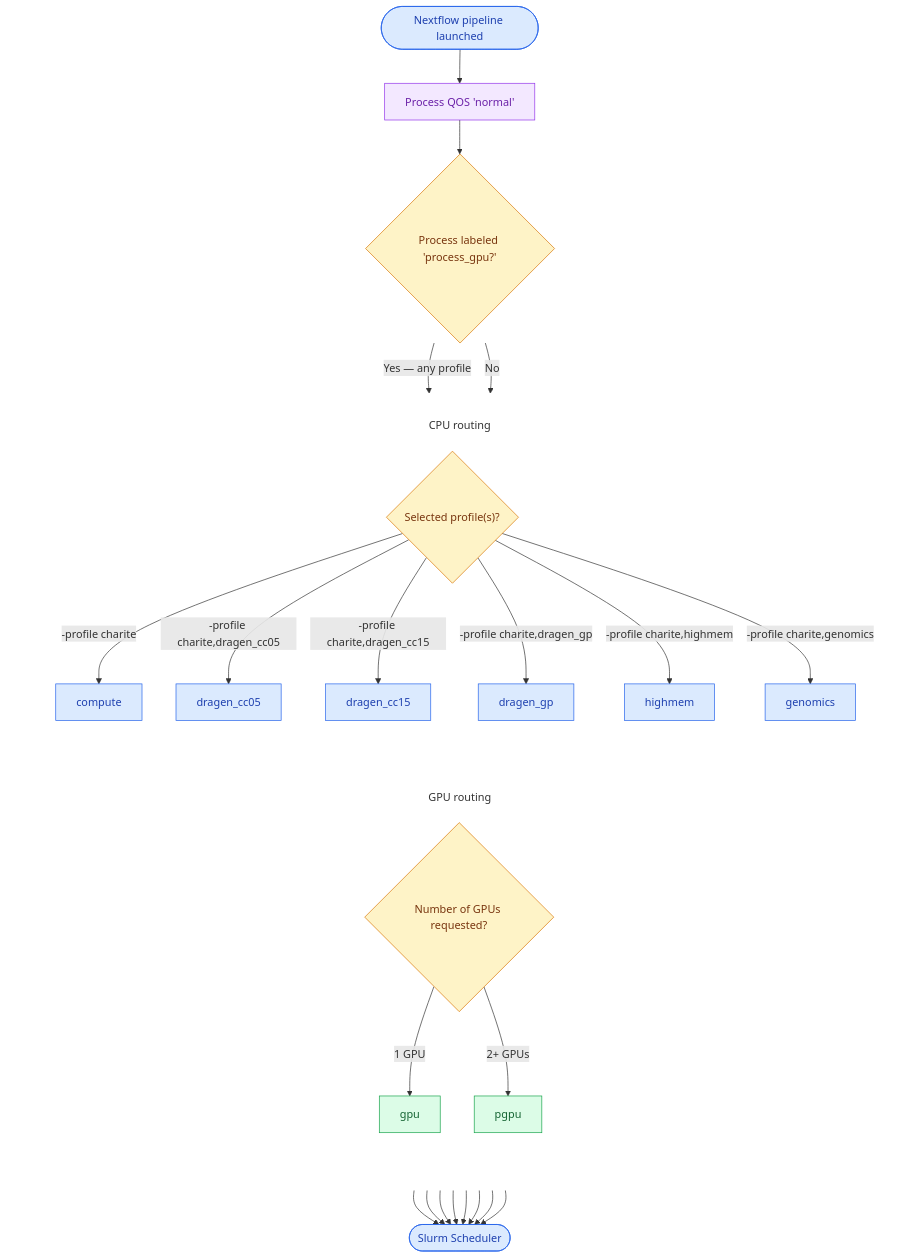
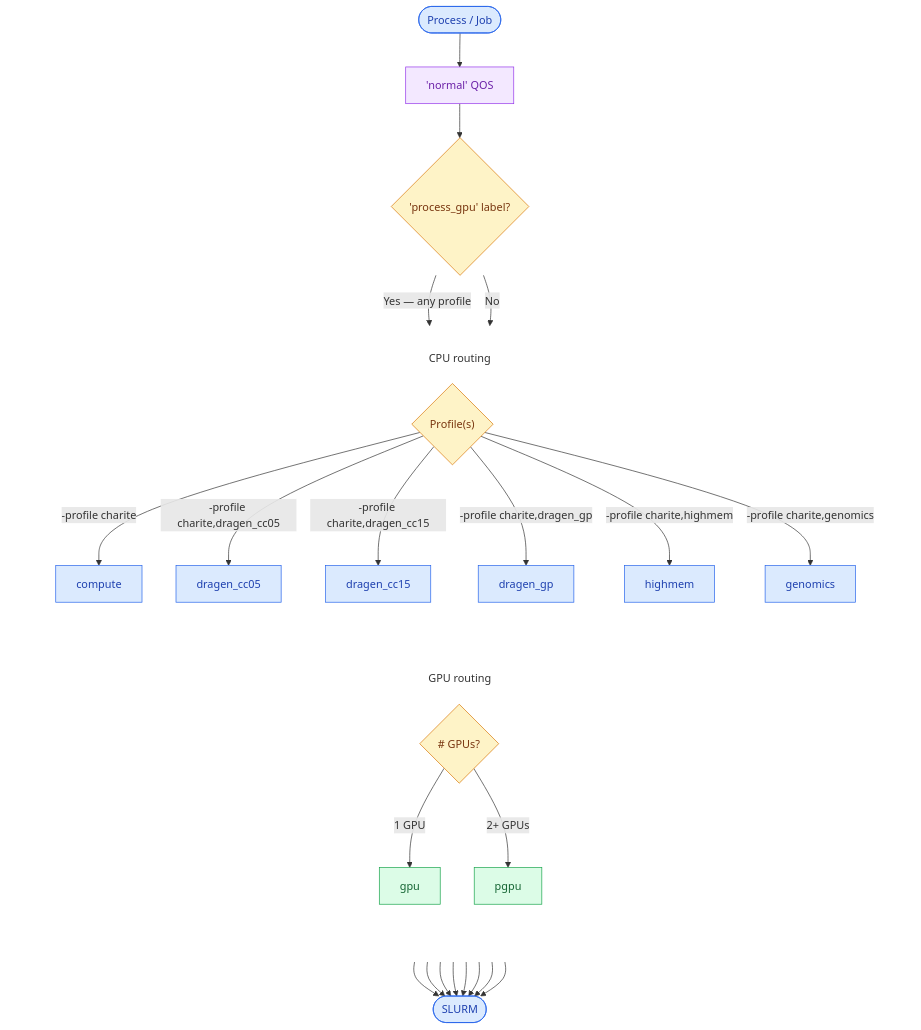
The diagram in docs/charite.md (ScientificComputingCharite/configs), drawn with Mermaid before and after one commit. The commit also changed other lines of this file, not shown here.

````diff
--- a/docs/charite.md
+++ b/docs/charite.md
@@ -330,69 +324,69 @@
 ```mermaid
 flowchart TB
-    A(["Nextflow pipeline launched"])
-    Q["Process QOS 'normal'"]
-    B{"Process labeled 'process_gpu?'"}
+    A(["Process / Job"])
+    Q["'normal' QOS"]
+    B{"'process_gpu' label?"}
 
     A --> Q --> B
 
     subgraph ROUTING[" "]
         direction LR
 
         subgraph GPU["GPU routing"]
             direction TB
-            C{"Number of GPUs requested?"}
+            C{"# GPUs?"}
             D["gpu"]
             E["pgpu"]
 
             C -->|"1 GPU"| D
             C -->|"2+ GPUs"| E
         end
 
         subgraph CPU["CPU routing"]
             direction TB
-            F{"Selected profile(s)?"}
+            F{"Profile(s)"}
 
             G["compute"]
             H["dragen_cc05"]
             I["dragen_cc15"]
             J["dragen_gp"]
             K["highmem"]
             L["genomics"]
 
             F -->|"-profile charite"| G
             F -->|"-profile charite,dragen_cc05"| H
             F -->|"-profile charite,dragen_cc15"| I
             F -->|"-profile charite,dragen_gp"| J
             F -->|"-profile charite,highmem"| K
             F -->|"-profile charite,genomics"| L
         end
     end
 
     B -->|"Yes — any profile"| C
     B -->|"No"| F
 
-    D --> N(["Slurm Scheduler"])
+    D --> N(["SLURM"])
     E --> N
     G --> N
     H --> N
     I --> N
     J --> N
     K --> N
     L --> N
 
     classDef start fill:#dbeafe,stroke:#2563eb,color:#1e40af
     classDef gpu fill:#dcfce7,stroke:#16a34a,color:#166534
     classDef cpu fill:#dbeafe,stroke:#2563eb,color:#1e40af
     classDef decision fill:#fef3c7,stroke:#d97706,color:#78350f
     classDef qos fill:#f3e8ff,stroke:#9333ea,color:#6b21a8
 
     class A,N start
     class Q qos
     class D,E gpu
     class G,H,I,J,K,L cpu
     class B,C,F decision
 
     style ROUTING fill:none,stroke:none
     style GPU fill:none,stroke:none
     style CPU fill:none,stroke:none
 ```
````
